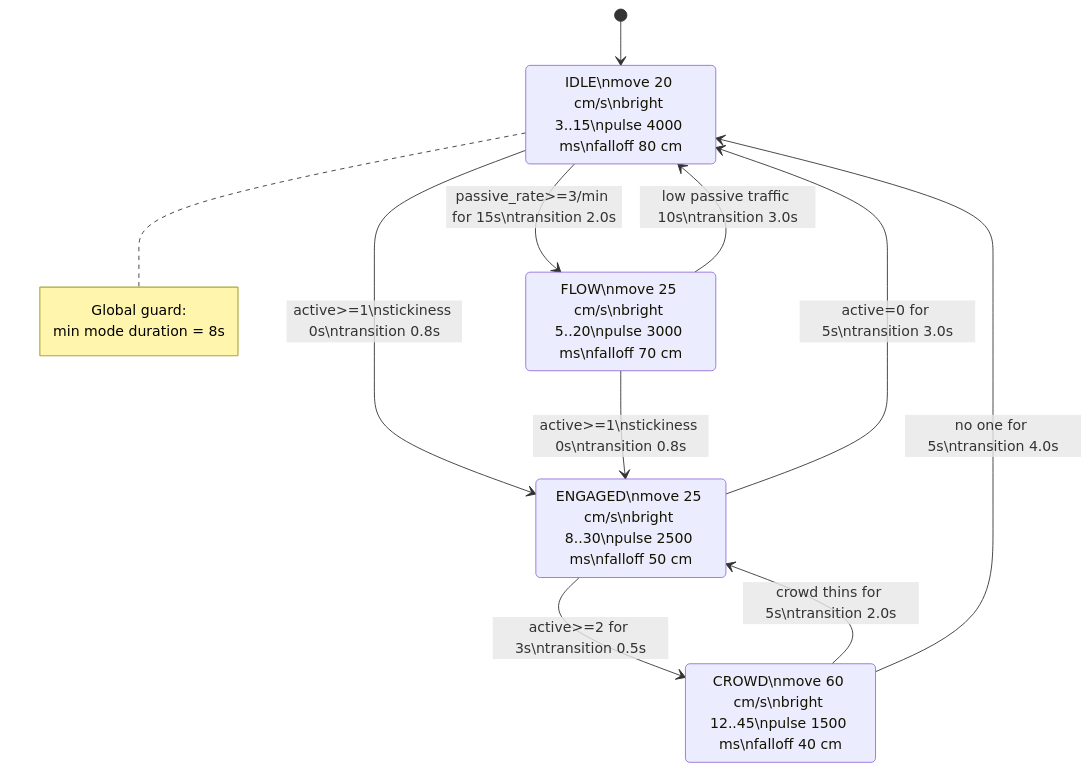
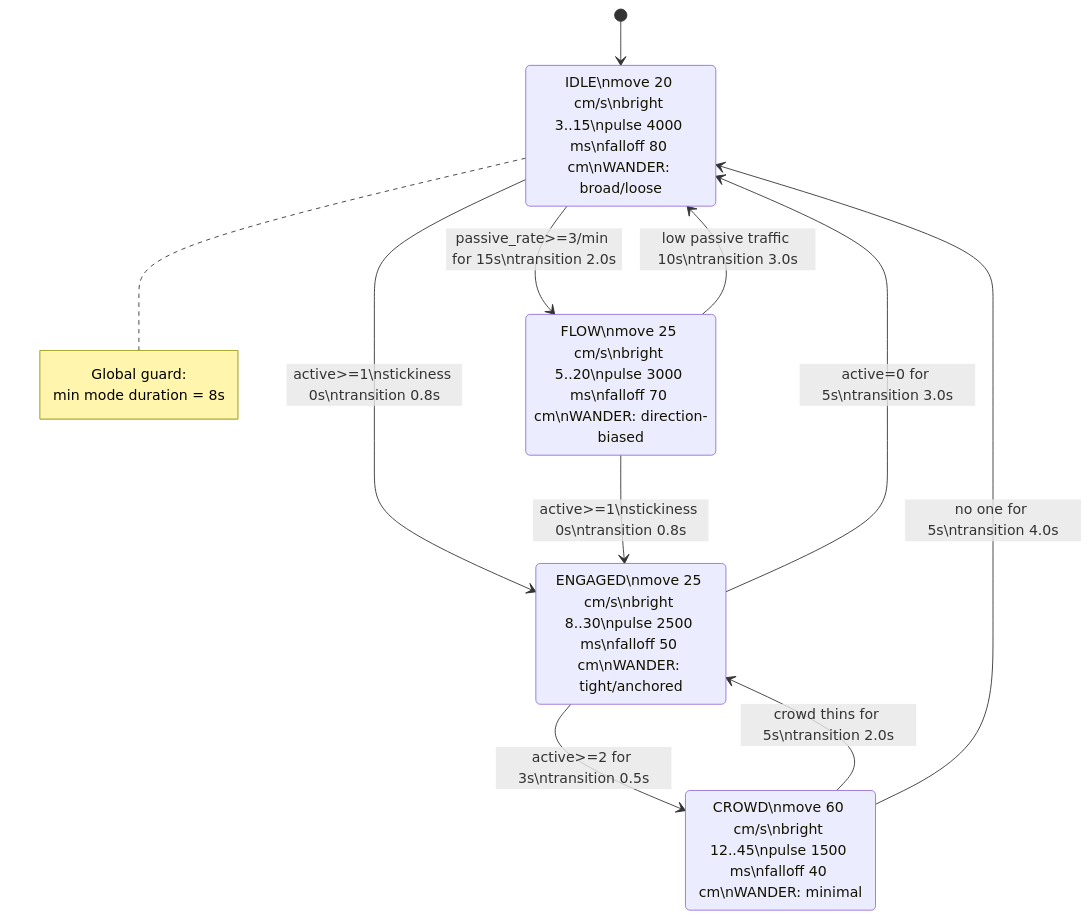
The seventh of 14 diagrams in IO/CAMERA_TO_DMX_DIAGRAMS.md (npuckett/dc-dev), drawn with Mermaid before and after one commit. The commit also changed other lines of this file and 1 other file, not shown here.

Commit message:
wander update

````diff
--- a/IO/CAMERA_TO_DMX_DIAGRAMS.md
+++ b/IO/CAMERA_TO_DMX_DIAGRAMS.md
@@ -192,26 +197,26 @@
 ```mermaid
 stateDiagram-v2
     [*] --> IDLE
 
-    IDLE: IDLE\nmove 20 cm/s\nbright 3..15\npulse 4000 ms\nfalloff 80 cm
-    ENGAGED: ENGAGED\nmove 25 cm/s\nbright 8..30\npulse 2500 ms\nfalloff 50 cm
-    CROWD: CROWD\nmove 60 cm/s\nbright 12..45\npulse 1500 ms\nfalloff 40 cm
-    FLOW: FLOW\nmove 25 cm/s\nbright 5..20\npulse 3000 ms\nfalloff 70 cm
+    IDLE: IDLE\nmove 20 cm/s\nbright 3..15\npulse 4000 ms\nfalloff 80 cm\nWANDER: broad/loose
+    ENGAGED: ENGAGED\nmove 25 cm/s\nbright 8..30\npulse 2500 ms\nfalloff 50 cm\nWANDER: tight/anchored
+    CROWD: CROWD\nmove 60 cm/s\nbright 12..45\npulse 1500 ms\nfalloff 40 cm\nWANDER: minimal
+    FLOW: FLOW\nmove 25 cm/s\nbright 5..20\npulse 3000 ms\nfalloff 70 cm\nWANDER: direction-biased
 
     IDLE --> ENGAGED: active>=1\nstickiness 0s\ntransition 0.8s
     IDLE --> FLOW: passive_rate>=3/min for 15s\ntransition 2.0s
 
     ENGAGED --> CROWD: active>=2 for 3s\ntransition 0.5s
     ENGAGED --> IDLE: active=0 for 5s\ntransition 3.0s
 
     CROWD --> ENGAGED: crowd thins for 5s\ntransition 2.0s
     CROWD --> IDLE: no one for 5s\ntransition 4.0s
 
     FLOW --> ENGAGED: active>=1\nstickiness 0s\ntransition 0.8s
     FLOW --> IDLE: low passive traffic 10s\ntransition 3.0s
 
     note right of IDLE
       Global guard:
       min mode duration = 8s
     end note
 ```
````
